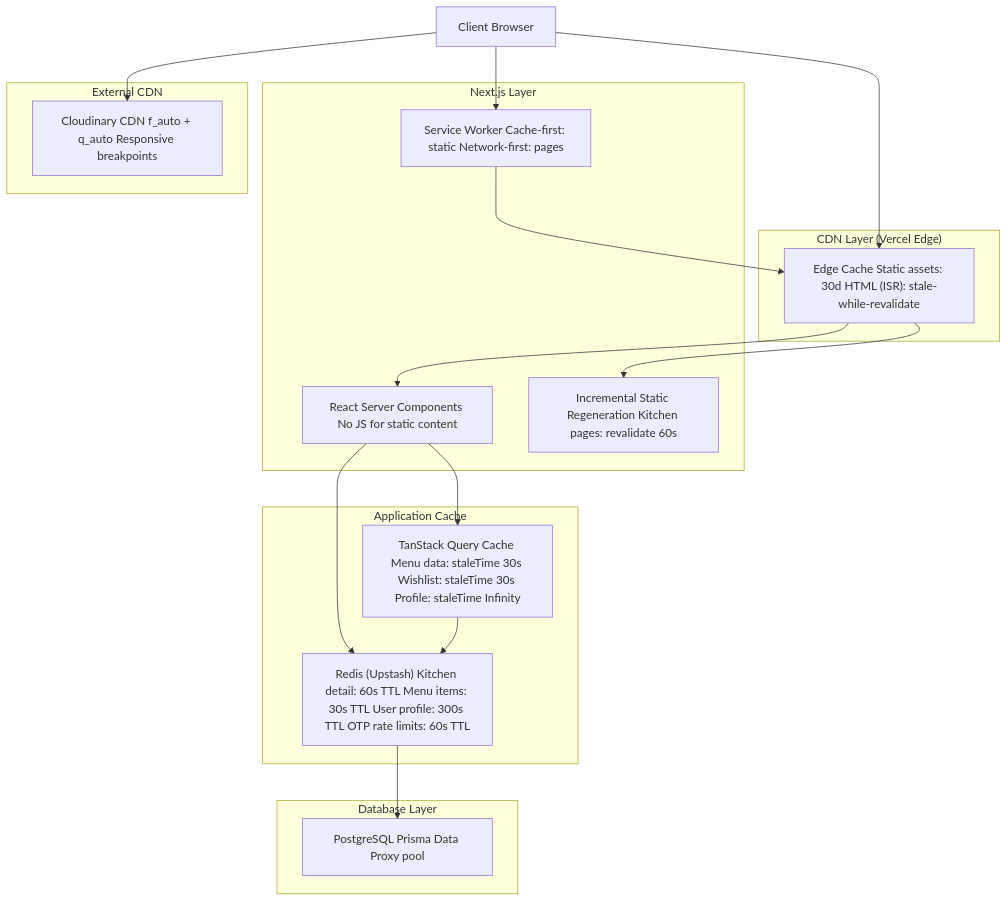
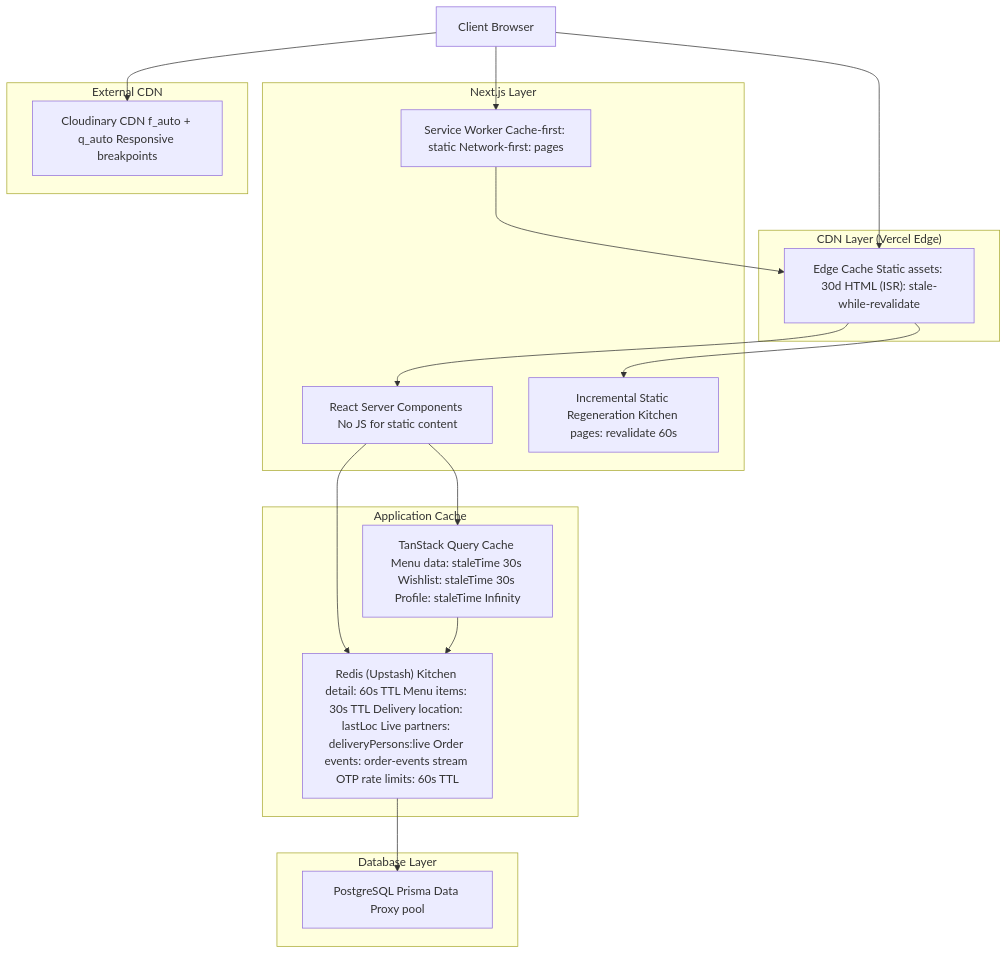
Before and after one commit to dharshan47/rrckitchen: the first of 3 diagrams in docs/11-performance-scaling.md, drawn with Mermaid. The commit also changed other lines of this file and 462 other files, not shown here.

````diff
--- a/docs/11-performance-scaling.md
+++ b/docs/11-performance-scaling.md
@@ -30,37 +30,37 @@
 ```mermaid
 %%{init: {'flowchart': {'curve': 'basis', 'useMaxWidth': true}}}%%
 flowchart TB
     subgraph "CDN Layer (Vercel Edge)"
         EC["Edge Cache Static assets: 30d HTML (ISR): stale-while-revalidate"]
     end
 
     subgraph "Next.js Layer"
         RSC["React Server Components No JS for static content"]
         ISR["Incremental Static Regeneration Kitchen pages: revalidate 60s"]
         SW["Service Worker Cache-first: static Network-first: pages"]
     end
 
     subgraph "Application Cache"
-        RC["Redis (Upstash) Kitchen detail: 60s TTL Menu items: 30s TTL User profile: 300s TTL OTP rate limits: 60s TTL"]
+        RC["Redis (Upstash) Kitchen detail: 60s TTL Menu items: 30s TTL Delivery location: lastLoc Live partners: deliveryPersons:live Order events: order-events stream OTP rate limits: 60s TTL"]
         TQ["TanStack Query Cache Menu data: staleTime 30s Wishlist: staleTime 30s Profile: staleTime Infinity"]
     end
 
     subgraph "Database Layer"
         PG["PostgreSQL Prisma Data Proxy pool"]
     end
 
     subgraph "External CDN"
         CI["Cloudinary CDN f_auto + q_auto Responsive breakpoints"]
     end
 
     User["Client Browser"] --> EC
     EC --> RSC
     EC --> ISR
     SW --> EC
     RSC --> RC
     RSC --> TQ
     RC --> PG
     TQ --> RC
     User --> CI
     User --> SW
 ```
````
